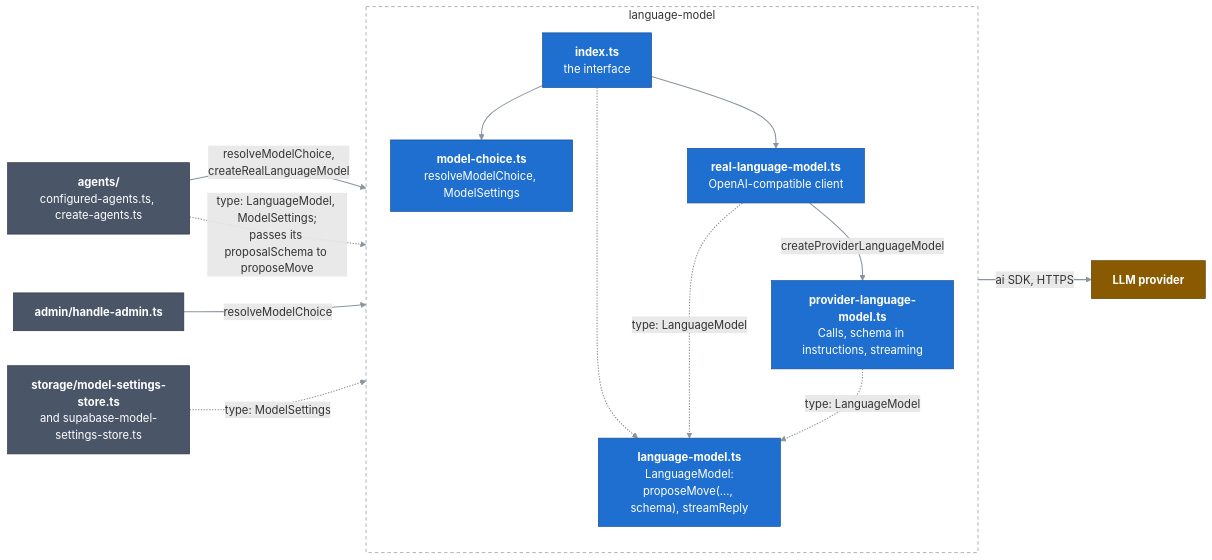
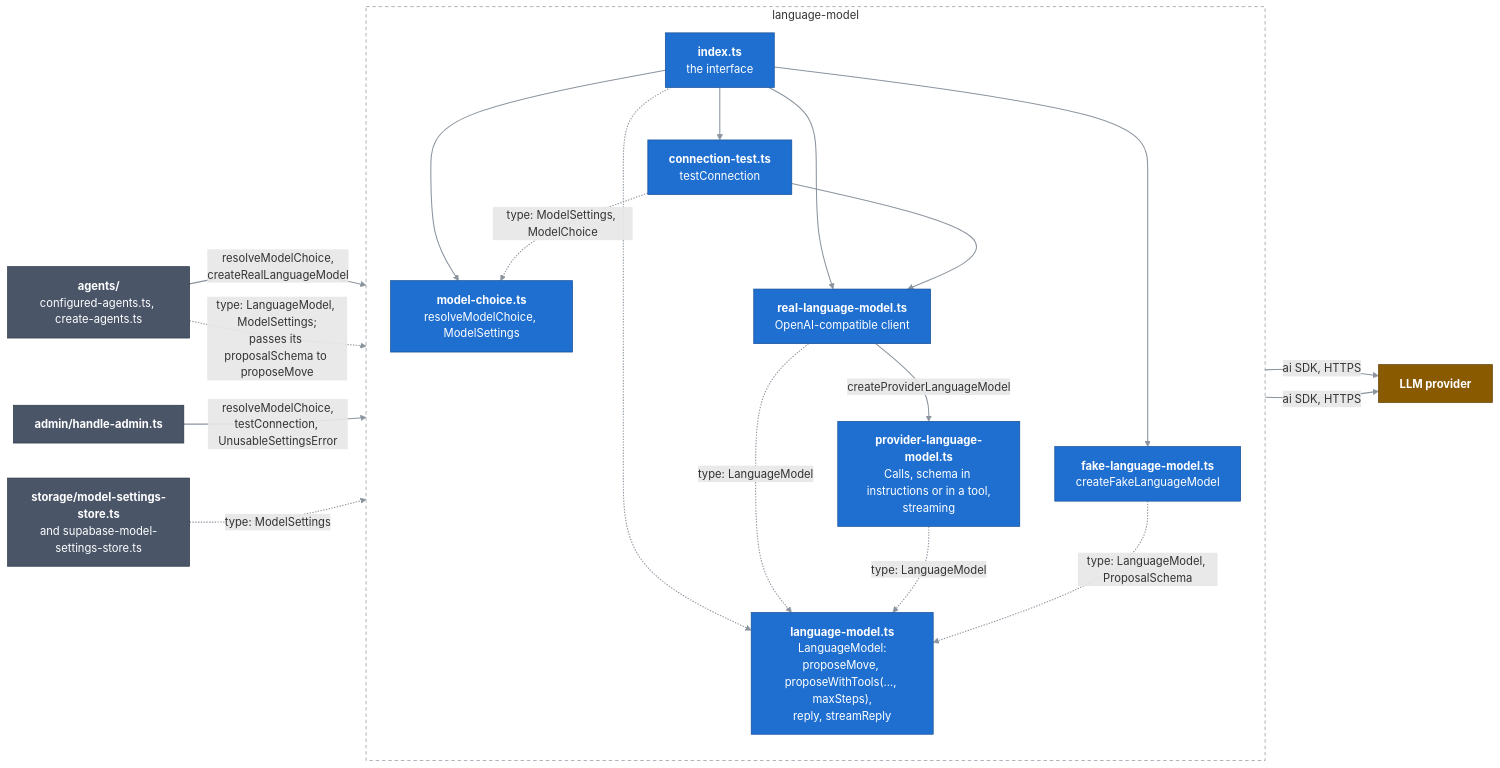
The diagram in docs/c4/03-components/server/07-language-model.md (Bill2926/COS40005_HN9_Verifiable_Co-Learner_Agent), drawn with Mermaid before and after one commit. The commit also changed other lines of this file and 16 other files, not shown here.

First line of the commit message:
Test the language model connection as a reply and a tool call (#204)

````diff
--- a/docs/c4/03-components/server/07-language-model.md
+++ b/docs/c4/03-components/server/07-language-model.md
@@ -13,35 +15,43 @@
 ```mermaid
 flowchart LR
   classDef comp fill:#1f6fd0,stroke:#164f96,color:#ffffff
   classDef near fill:#4a5568,stroke:#2d3748,color:#ffffff
   classDef ext fill:#8a5a00,stroke:#5c3c00,color:#ffffff
   linkStyle default stroke:#8b949e,stroke-width:1.5px
 
   agents["<b>agents/</b><br/>configured-agents.ts, create-agents.ts"]:::near
   admin["<b>admin/handle-admin.ts</b>"]:::near
   storage["<b>storage/model-settings-store.ts</b><br/>and supabase-model-settings-store.ts"]:::near
   llm["<b>LLM provider</b>"]:::ext
 
   subgraph lm["language-model"]
     direction TB
     index["<b>index.ts</b><br/>the interface"]:::comp
-    iface["<b>language-model.ts</b><br/>LanguageModel:<br/>proposeMove(…, schema), streamReply"]:::comp
+    iface["<b>language-model.ts</b><br/>LanguageModel:<br/>proposeMove, proposeWithTools(…, maxSteps),<br/>reply, streamReply"]:::comp
     choice["<b>model-choice.ts</b><br/>resolveModelChoice, ModelSettings"]:::comp
     real["<b>real-language-model.ts</b><br/>OpenAI-compatible client"]:::comp
-    provider["<b>provider-language-model.ts</b><br/>Calls, schema in instructions, streaming"]:::comp
+    provider["<b>provider-language-model.ts</b><br/>Calls, schema in instructions or in a tool,<br/>streaming"]:::comp
+    fake["<b>fake-language-model.ts</b><br/>createFakeLanguageModel"]:::comp
+    conn["<b>connection-test.ts</b><br/>testConnection"]:::comp
   end
 
   agents -->|"resolveModelChoice,<br/>createRealLanguageModel"| index
   agents -.->|"type: LanguageModel, ModelSettings;<br/>passes its proposalSchema to proposeMove"| index
-  admin -->|"resolveModelChoice"| index
+  admin -->|"resolveModelChoice,<br/>testConnection, UnusableSettingsError"| index
   storage -.->|"type: ModelSettings"| index
   index --> choice
   index --> real
+  index --> fake
+  index --> conn
   index -.-> iface
   real -->|"createProviderLanguageModel"| provider
   real -.->|"type: LanguageModel"| iface
   provider -.->|"type: LanguageModel"| iface
+  fake -.->|"type: LanguageModel, ProposalSchema"| iface
+  conn --> real
+  conn -.->|"type: ModelSettings, ModelChoice"| choice
+  conn -->|"ai SDK, HTTPS"| llm
   real -->|"ai SDK, HTTPS"| llm
 
   style lm fill:none,stroke:#8b949e,stroke-dasharray:5 4
 ```
````
